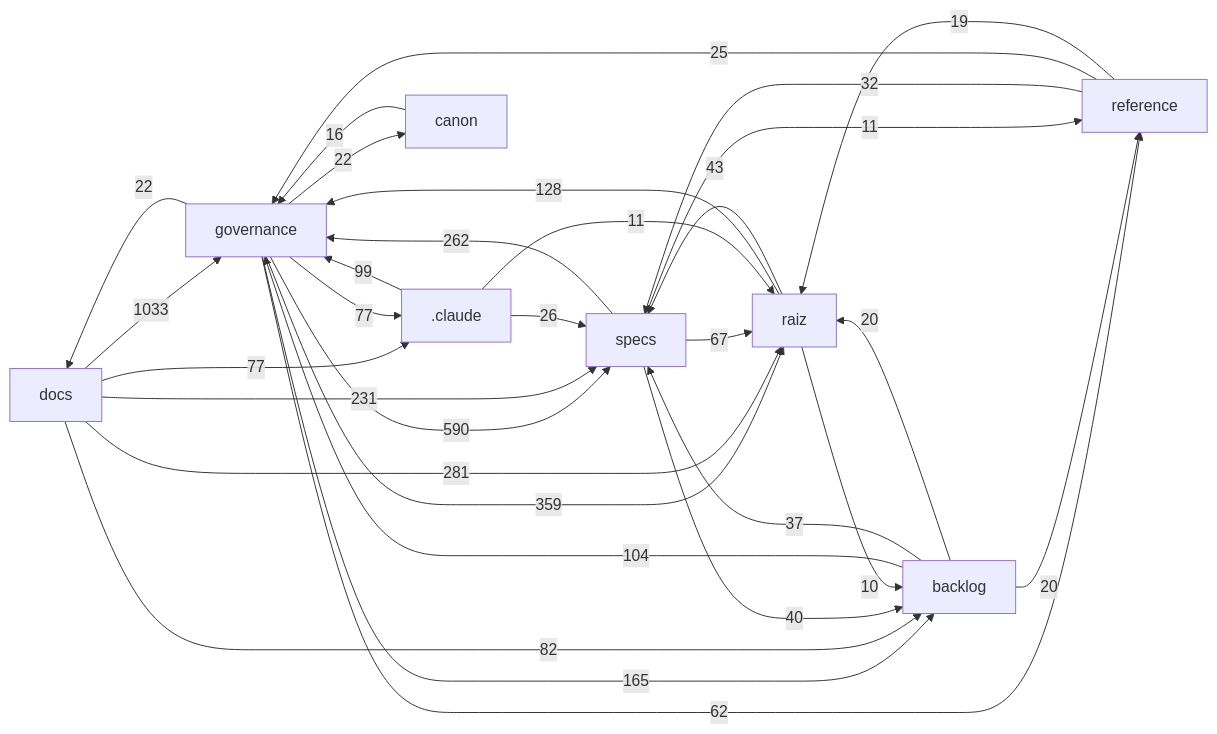
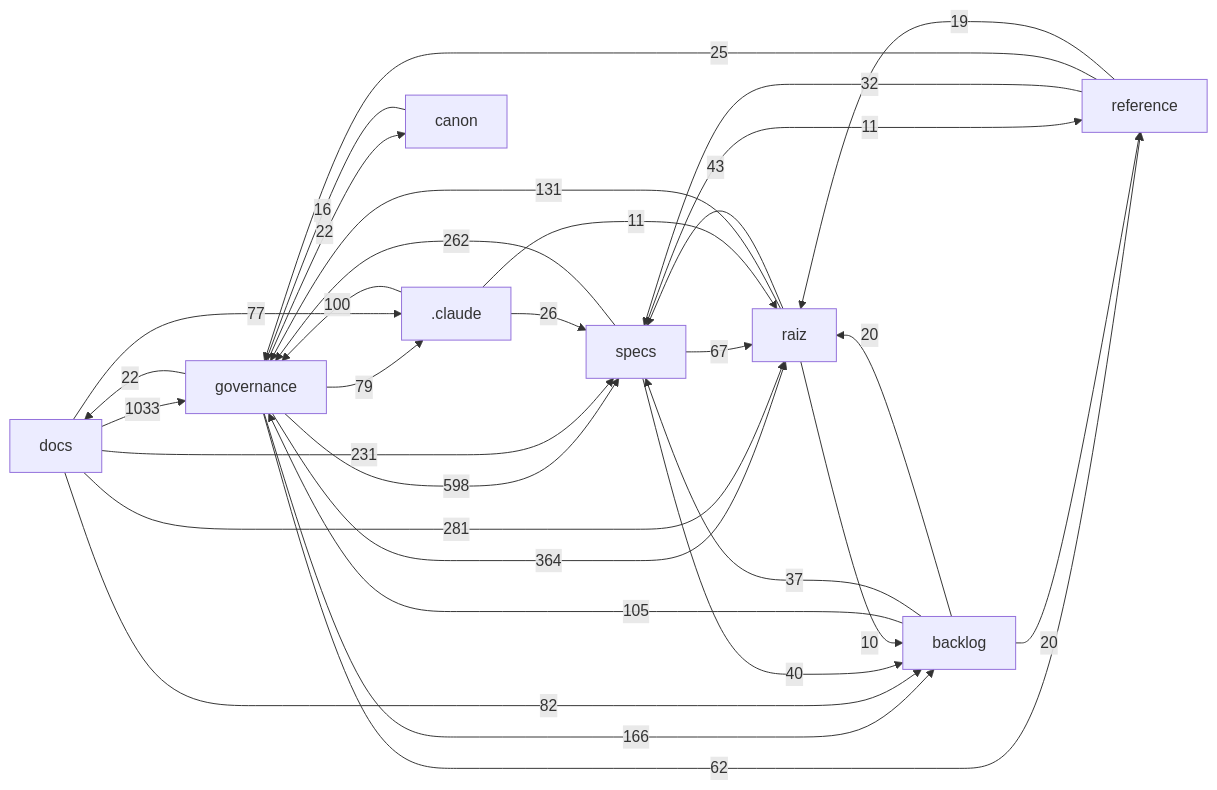
One commit to Andraus35/Sistema-Operacional-de-Trading--SOT changed the diagram in docs/mapa/MAPA-PROJETO.md. Above: the diagram before and after it, drawn with Mermaid. The commit also changed other lines of this file and 12 other files, not shown here.

First line of the commit message:
H-001 FECHADA (DHR-H001-001): Opcao C (PostgreSQL so-insercao bitemporal); ata, ROADMAP, AGENTS S7, atomic-spec S12, agentes, CATALOGO, CIC, RMR-001, RPSA e estudo [PROPOSTA]

````diff
--- a/docs/mapa/MAPA-PROJETO.md
+++ b/docs/mapa/MAPA-PROJETO.md
@@ -29,33 +29,33 @@
 ```mermaid
 flowchart LR
   docs["docs"] -->|1033| governance["governance"]
-  governance["governance"] -->|590| specs["specs"]
-  governance["governance"] -->|359| raiz["raiz"]
+  governance["governance"] -->|598| specs["specs"]
+  governance["governance"] -->|364| raiz["raiz"]
   docs["docs"] -->|281| raiz["raiz"]
   specs["specs"] -->|262| governance["governance"]
   docs["docs"] -->|231| specs["specs"]
-  governance["governance"] -->|165| backlog["backlog"]
-  raiz["raiz"] -->|128| governance["governance"]
-  backlog["backlog"] -->|104| governance["governance"]
-  _claude[".claude"] -->|99| governance["governance"]
+  governance["governance"] -->|166| backlog["backlog"]
+  raiz["raiz"] -->|131| governance["governance"]
+  backlog["backlog"] -->|105| governance["governance"]
+  _claude[".claude"] -->|100| governance["governance"]
   docs["docs"] -->|82| backlog["backlog"]
+  governance["governance"] -->|79| _claude[".claude"]
   docs["docs"] -->|77| _claude[".claude"]
-  governance["governance"] -->|77| _claude[".claude"]
   specs["specs"] -->|67| raiz["raiz"]
   governance["governance"] -->|62| reference["reference"]
   raiz["raiz"] -->|43| specs["specs"]
   specs["specs"] -->|40| backlog["backlog"]
   backlog["backlog"] -->|37| specs["specs"]
   reference["reference"] -->|32| specs["specs"]
   _claude[".claude"] -->|26| specs["specs"]
   reference["reference"] -->|25| governance["governance"]
   governance["governance"] -->|22| docs["docs"]
   governance["governance"] -->|22| canon["canon"]
   backlog["backlog"] -->|20| raiz["raiz"]
   backlog["backlog"] -->|20| reference["reference"]
   reference["reference"] -->|19| raiz["raiz"]
   canon["canon"] -->|16| governance["governance"]
   _claude[".claude"] -->|11| raiz["raiz"]
   specs["specs"] -->|11| reference["reference"]
   raiz["raiz"] -->|10| backlog["backlog"]
 ```
````
